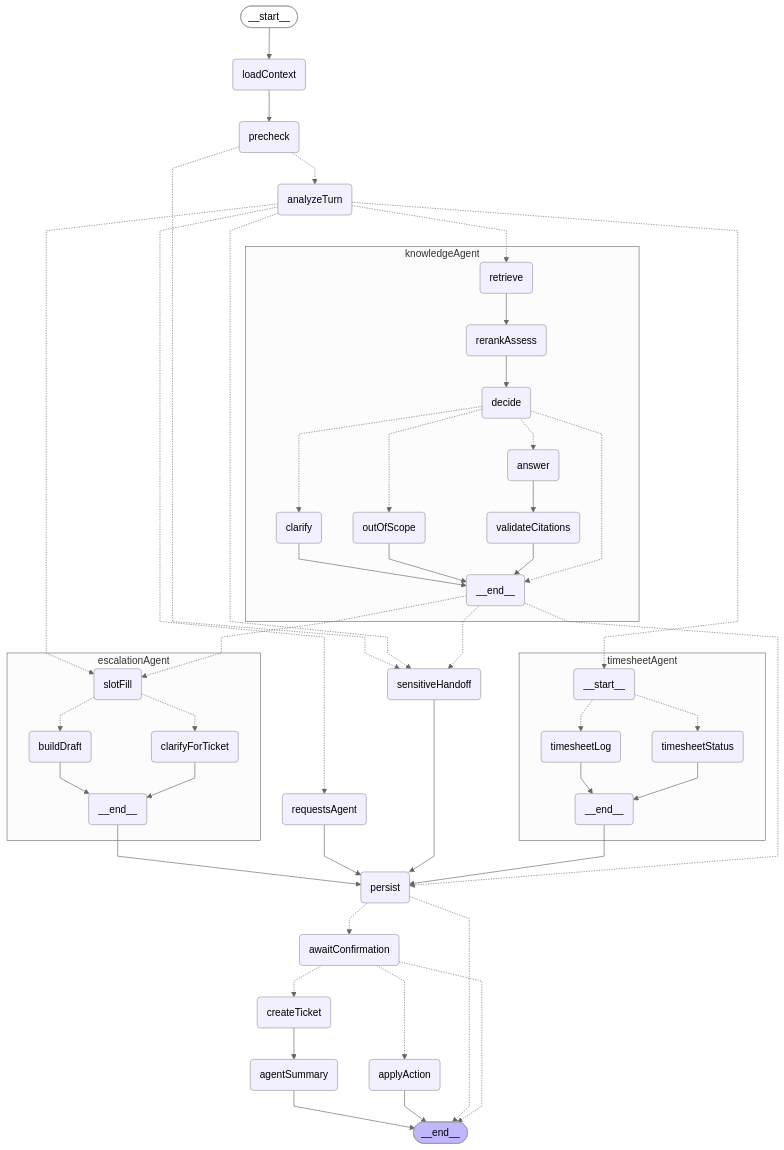
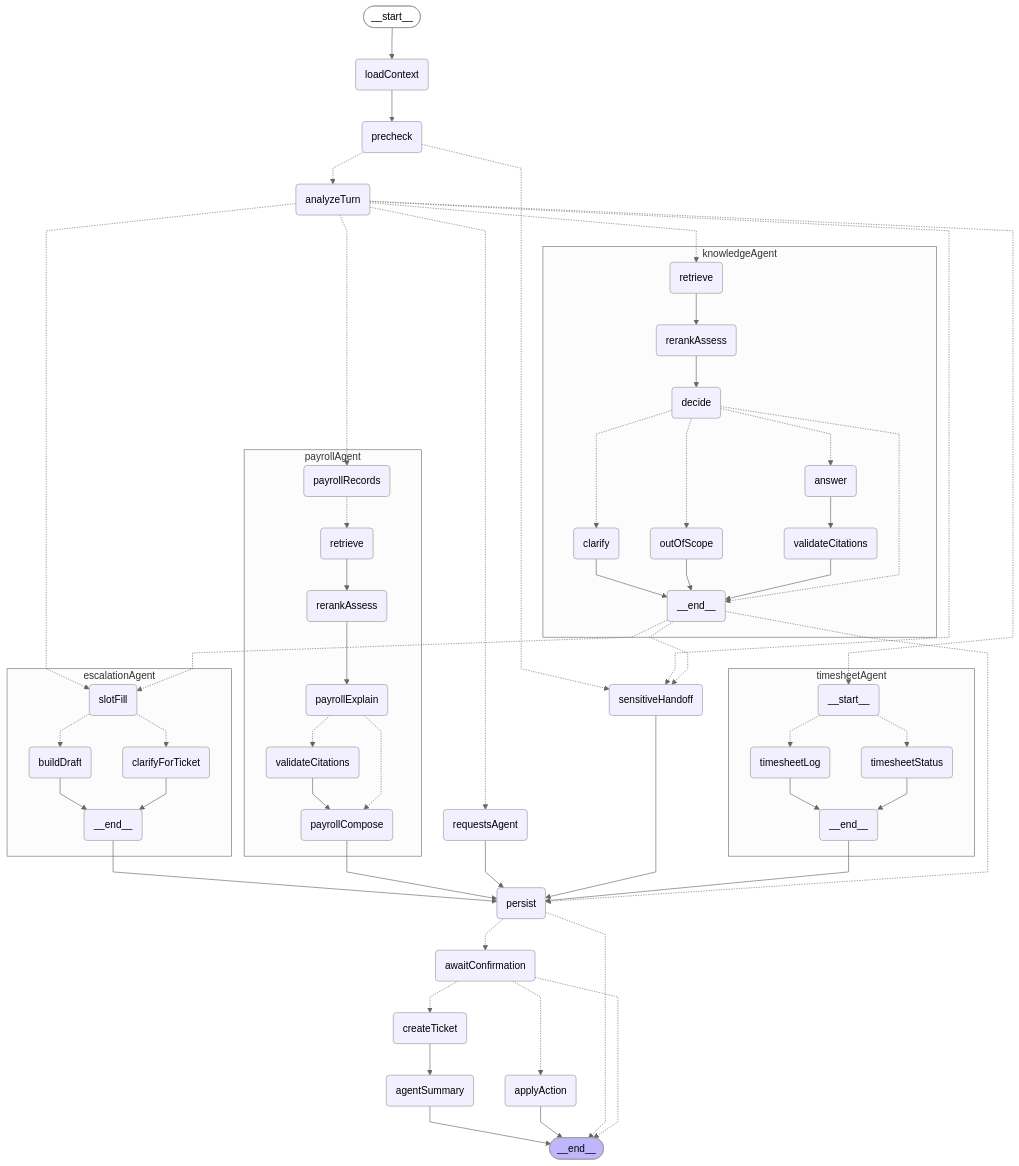
The diagram in docs/ARCHITECTURE.md (Dewanshu93/AI-Support-System), drawn with Mermaid (neutral theme) before and after one commit. The commit also changed other lines of this file and 26 other files, not shown here.

First line of the commit message:
UC-06: Payroll investigation agent

```diff
--- a/docs/ARCHITECTURE.md
+++ b/docs/ARCHITECTURE.md
@@ -357,6 +368,12 @@
 	timesheetAgent_timesheetLog(timesheetLog)
 	timesheetAgent___end__(<p>__end__</p>)
 	requestsAgent(requestsAgent)
+	payrollAgent_payrollRecords(payrollRecords)
+	payrollAgent_retrieve(retrieve)
+	payrollAgent_rerankAssess(rerankAssess)
+	payrollAgent_payrollExplain(payrollExplain)
+	payrollAgent_validateCitations(validateCitations)
+	payrollAgent_payrollCompose(payrollCompose)
 	sensitiveHandoff(sensitiveHandoff)
 	persist(persist)
 	awaitConfirmation(awaitConfirmation)
@@ -370,6 +387,7 @@
 	createTicket --> agentSummary;
 	escalationAgent___end__ --> persist;
 	loadContext --> precheck;
+	payrollAgent_payrollCompose --> persist;
 	requestsAgent --> persist;
 	sensitiveHandoff --> persist;
 	timesheetAgent___end__ --> persist;
@@ -379,6 +397,7 @@
 	analyzeTurn -.-> escalationAgent_slotFill;
 	analyzeTurn -.-> timesheetAgent___start__;
 	analyzeTurn -.-> requestsAgent;
+	analyzeTurn -.-> payrollAgent_payrollRecords;
 	analyzeTurn -.-> knowledgeAgent_retrieve;
 	knowledgeAgent___end__ -.-> sensitiveHandoff;
 	knowledgeAgent___end__ -.-> escalationAgent_slotFill;
@@ -412,6 +431,14 @@
 	timesheetAgent___start__ -.-> timesheetAgent_timesheetLog;
 	timesheetAgent___start__ -.-> timesheetAgent_timesheetStatus;
 	end
+	subgraph payrollAgent
+	payrollAgent_rerankAssess --> payrollAgent_payrollExplain;
+	payrollAgent_retrieve --> payrollAgent_rerankAssess;
+	payrollAgent_validateCitations --> payrollAgent_payrollCompose;
+	payrollAgent_payrollRecords -.-> payrollAgent_retrieve;
+	payrollAgent_payrollExplain -.-> payrollAgent_validateCitations;
+	payrollAgent_payrollExplain -.-> payrollAgent_payrollCompose;
+	end
 	classDef default fill:#f2f0ff,line-height:1.2;
 	classDef first fill-opacity:0;
 	classDef last fill:#bfb6fc;
```
